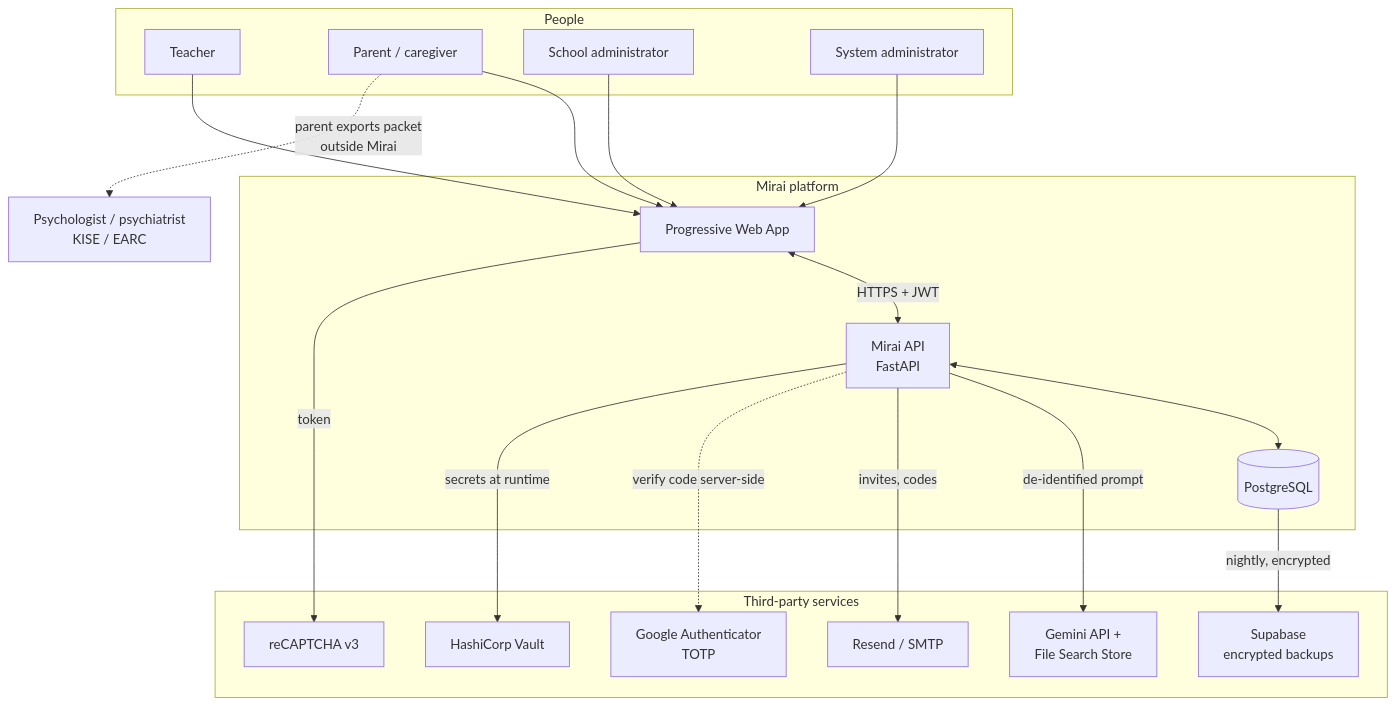
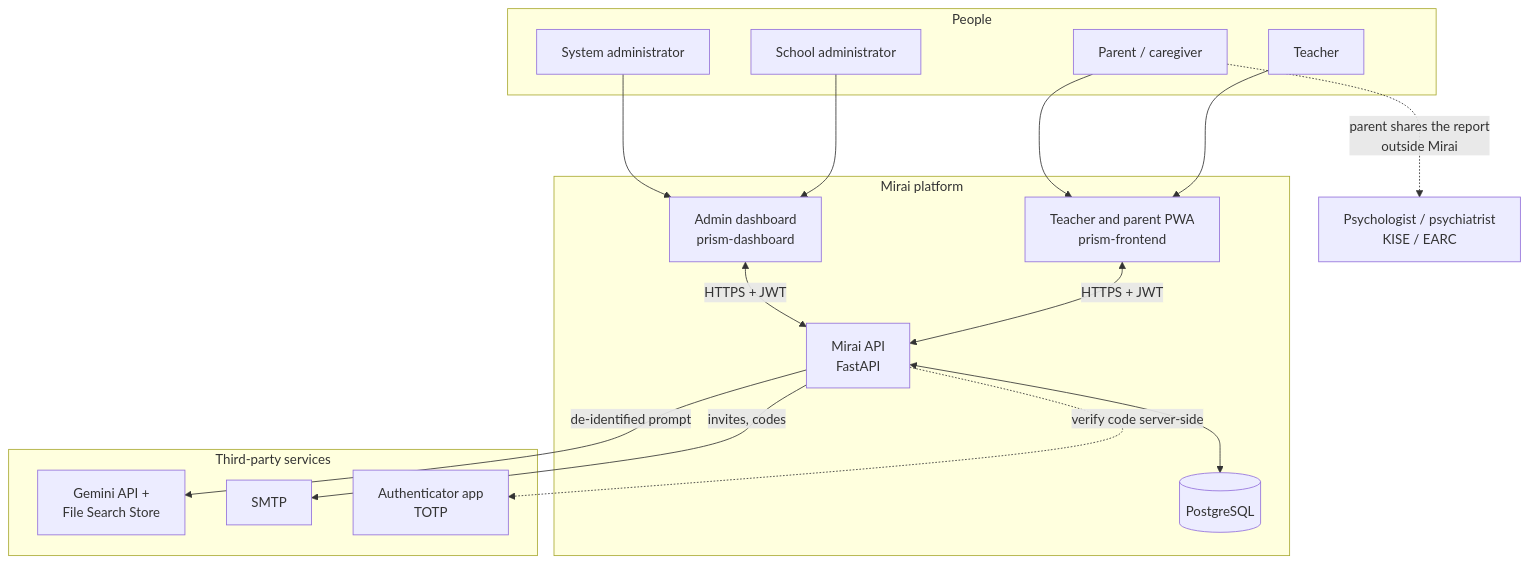
Before and after one commit to akirachix/prism-technical-documentation: the first of 6 diagrams in docs/architecture/system-context.md, drawn with Mermaid. The commit also changed other lines of this file and 154 other files, not shown here.

````diff
--- a/docs/architecture/system-context.md
+++ b/docs/architecture/system-context.md
@@ -12,40 +12,36 @@
 ```mermaid
 flowchart TB
     subgraph People
         T[Teacher]
         P[Parent / caregiver]
         SA[School administrator]
         SYS[System administrator]
     end
 
     subgraph Mirai["Mirai platform"]
-        PWA[Progressive Web App]
+        PWA[Teacher and parent PWA<br/>prism-frontend]
+        DASH[Admin dashboard<br/>prism-dashboard]
         API[Mirai API<br/>FastAPI]
         DB[(PostgreSQL)]
         PWA <-->|HTTPS + JWT| API
+        DASH <-->|HTTPS + JWT| API
         API <--> DB
     end
 
     subgraph Third["Third-party services"]
         GEM[Gemini API +<br/>File Search Store]
-        MAIL[Resend / SMTP]
-        GA[Google Authenticator<br/>TOTP]
-        RC[reCAPTCHA v3]
-        VAULT[HashiCorp Vault]
-        BK[Supabase<br/>encrypted backups]
+        MAIL[SMTP]
+        GA[Authenticator app<br/>TOTP]
     end
 
     PRO[Psychologist / psychiatrist<br/>KISE / EARC]
 
     T --> PWA
     P --> PWA
-    SA --> PWA
-    SYS --> PWA
+    SA --> DASH
+    SYS --> DASH
     API -->|de-identified prompt| GEM
     API -->|invites, codes| MAIL
     API -.->|verify code server-side| GA
-    PWA -->|token| RC
-    API -->|secrets at runtime| VAULT
-    DB -->|nightly, encrypted| BK
-    P -.->|parent exports packet<br/>outside Mirai| PRO
+    P -.->|parent shares the report<br/>outside Mirai| PRO
 ```
````
